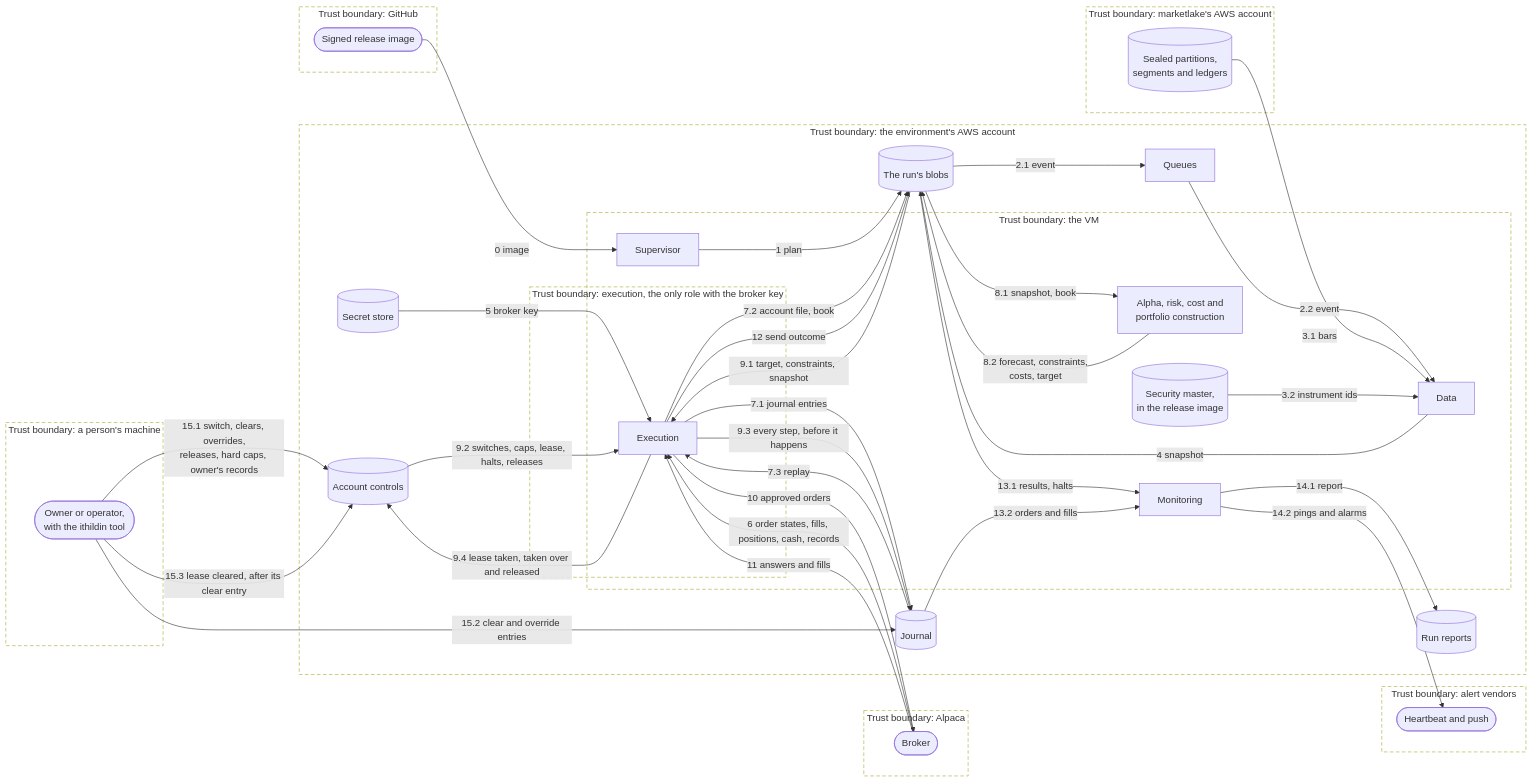
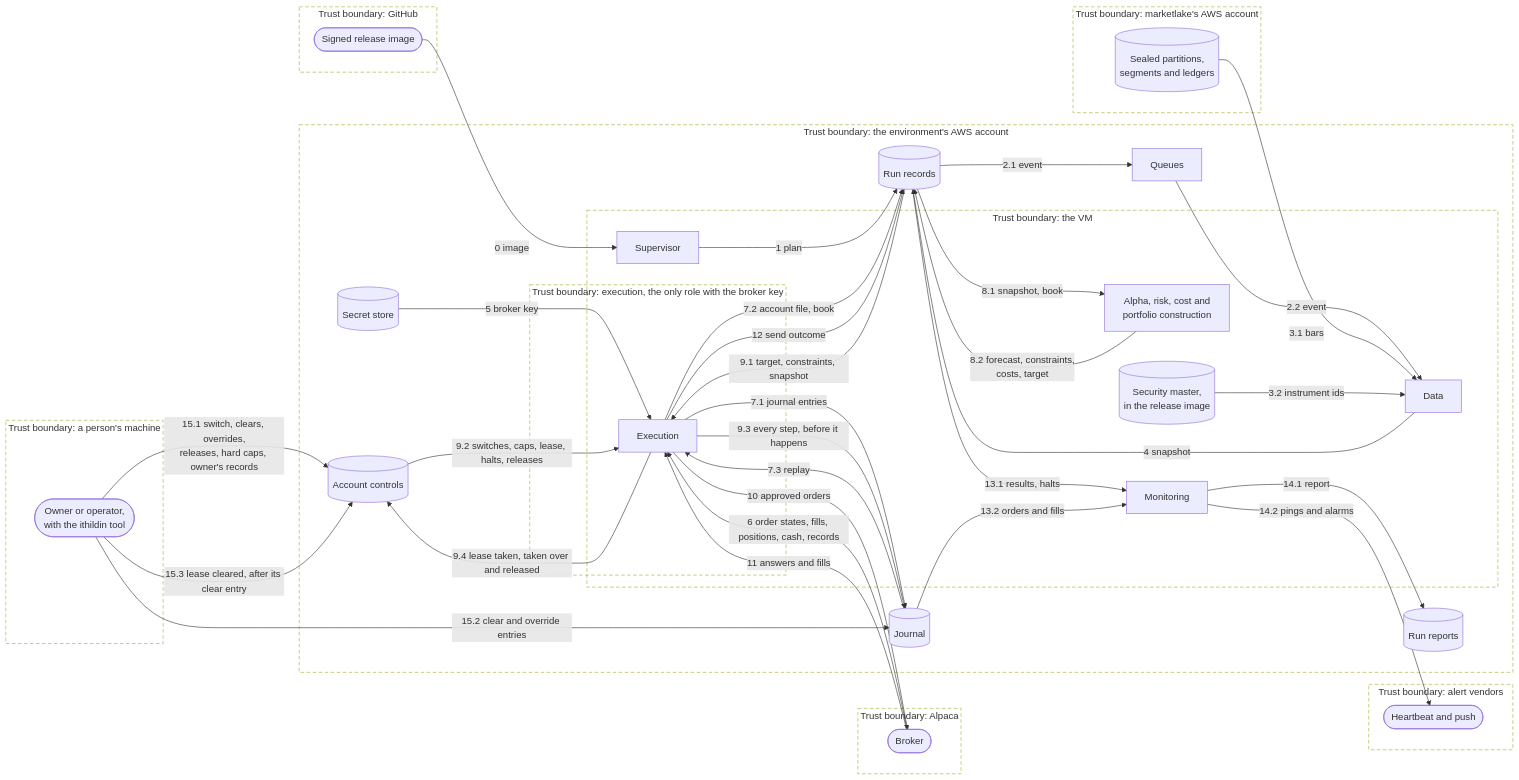
One commit to l3a0/ithildin-runtime changed diagram 12 of 36 in docs/architecture.md. Above: the diagram before and after it, drawn with Mermaid. The commit also changed other lines of this file, not shown here.

First line of the commit message:
docs: call the run's blobs run records, and say what they are for

````diff
--- a/docs/architecture.md
+++ b/docs/architecture.md
@@ -687,68 +687,68 @@
 ```mermaid
 flowchart LR
     subgraph tb_person["Trust boundary: a person's machine"]
         person(["Owner or operator,<br/>with the ithildin tool"])
     end
     subgraph tb_github["Trust boundary: GitHub"]
         registry(["Signed release image"])
     end
     subgraph tb_marketlake["Trust boundary: marketlake's AWS account"]
         lake[("Sealed partitions,<br/>segments and ledgers")]
     end
     subgraph tb_broker["Trust boundary: Alpaca"]
         brokerx(["Broker"])
     end
     subgraph tb_alert["Trust boundary: alert vendors"]
         alert(["Heartbeat and push"])
     end
     subgraph tb_account["Trust boundary: the environment's AWS account"]
         subgraph tb_vm["Trust boundary: the VM"]
             sup["Supervisor"]
             data["Data"]
             models["Alpha, risk, cost and<br/>portfolio construction"]
             mon["Monitoring"]
             d2[("Security master,<br/>in the release image")]
             subgraph tb_exec["Trust boundary: execution, the only role with the broker key"]
                 exec["Execution"]
             end
         end
         queue["Queues"]
         secret[("Secret store")]
-        d1[("The run's blobs")]
+        d1[("Run records")]
         d3[("Journal")]
         d4[("Run reports")]
         d5[("Account controls")]
     end
 
     registry -->|"0 image"| sup
     sup -->|"1 plan"| d1
     d1 -->|"2.1 event"| queue
     queue -->|"2.2 event"| data
     lake -->|"3.1 bars"| data
     d2 -->|"3.2 instrument ids"| data
     data -->|"4 snapshot"| d1
     secret -->|"5 broker key"| exec
     brokerx -->|"6 order states, fills, positions, cash, records"| exec
     exec -->|"7.1 journal entries"| d3
     exec -->|"7.2 account file, book"| d1
     d3 -->|"7.3 replay"| exec
     d1 -->|"8.1 snapshot, book"| models
     models -->|"8.2 forecast, constraints,<br/>costs, target"| d1
     d1 -->|"9.1 target, constraints, snapshot"| exec
     d5 -->|"9.2 switches, caps, lease, halts, releases"| exec
     exec -->|"9.3 every step, before it happens"| d3
     exec -->|"9.4 lease taken, taken over and released"| d5
     exec -->|"10 approved orders"| brokerx
     brokerx -->|"11 answers and fills"| exec
     exec -->|"12 send outcome"| d1
     d1 -->|"13.1 results, halts"| mon
     d3 -->|"13.2 orders and fills"| mon
     mon -->|"14.1 report"| d4
     mon -->|"14.2 pings and alarms"| alert
     person -->|"15.1 switch, clears, overrides,<br/>releases, hard caps, owner's records"| d5
     person -->|"15.2 clear and override entries"| d3
     person -->|"15.3 lease cleared, after its clear entry"| d5
 
     classDef boundary fill:none,stroke-dasharray:6 4
     class tb_person,tb_github,tb_marketlake,tb_broker,tb_alert,tb_account,tb_vm,tb_exec boundary
 ```
````
